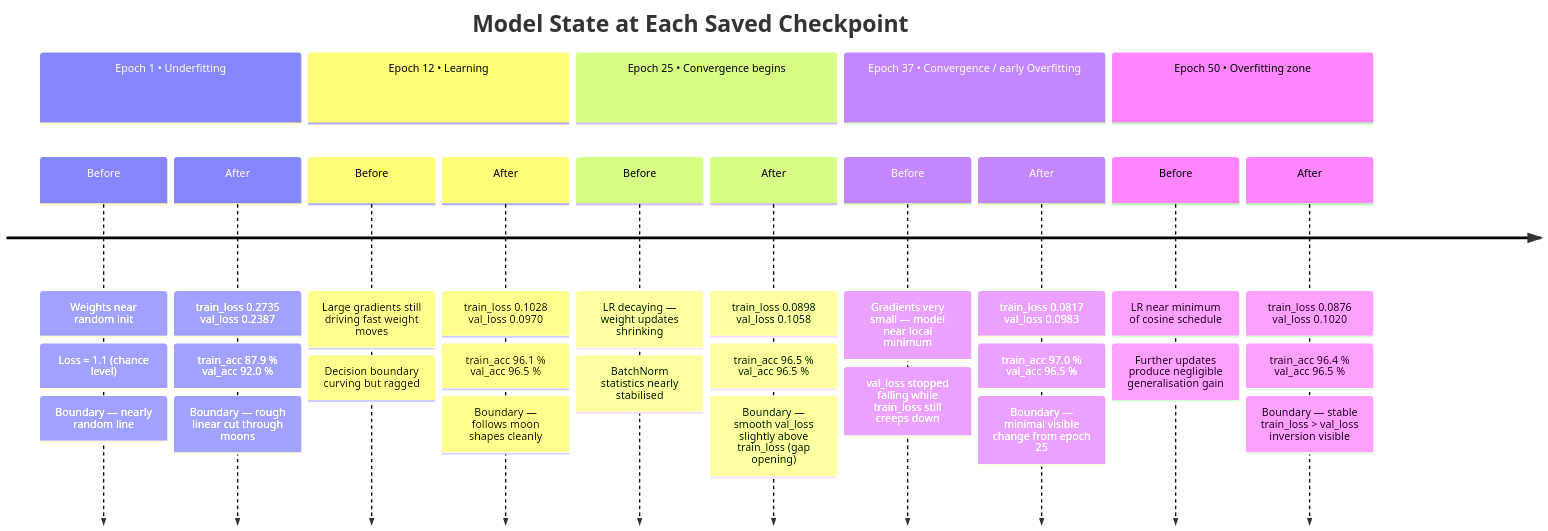
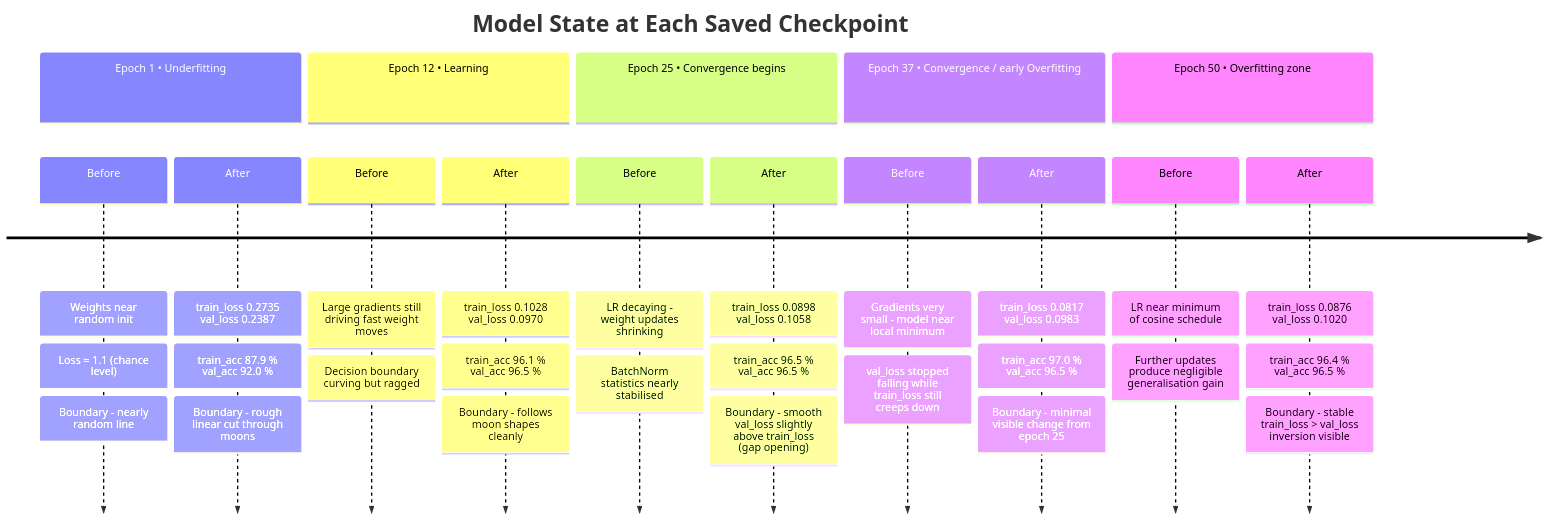
Before and after one commit to hkevin01/epochs-demo: the third of 13 diagrams in README.md, drawn with Mermaid. The commit also changed other lines of this file, not shown here.

````diff
--- a/README.md
+++ b/README.md
@@ -687,35 +687,35 @@
 ```mermaid
 timeline
     title Model State at Each Saved Checkpoint
     section Epoch 1  •  Underfitting
         Before  : Weights near random init
                 : Loss ≈ 1.1 (chance level)
-                : Boundary — nearly random line
+                : Boundary  -  nearly random line
         After   : train_loss 0.2735  val_loss 0.2387
                 : train_acc  87.9 %  val_acc  92.0 %
-                : Boundary — rough linear cut through moons
+                : Boundary  -  rough linear cut through moons
     section Epoch 12  •  Learning
         Before  : Large gradients still driving fast weight moves
                 : Decision boundary curving but ragged
         After   : train_loss 0.1028  val_loss 0.0970
                 : train_acc  96.1 %  val_acc  96.5 %
-                : Boundary — follows moon shapes cleanly
+                : Boundary  -  follows moon shapes cleanly
     section Epoch 25  •  Convergence begins
-        Before  : LR decaying — weight updates shrinking
+        Before  : LR decaying  -  weight updates shrinking
                 : BatchNorm statistics nearly stabilised
         After   : train_loss 0.0898  val_loss 0.1058
                 : train_acc  96.5 %  val_acc  96.5 %
-                : Boundary — smooth  val_loss slightly above train_loss (gap opening)
+                : Boundary  -  smooth  val_loss slightly above train_loss (gap opening)
     section Epoch 37  •  Convergence / early Overfitting
-        Before  : Gradients very small — model near local minimum
+        Before  : Gradients very small  -  model near local minimum
                 : val_loss stopped falling while train_loss still creeps down
         After   : train_loss 0.0817  val_loss 0.0983
                 : train_acc  97.0 %  val_acc  96.5 %
-                : Boundary — minimal visible change from epoch 25
+                : Boundary  -  minimal visible change from epoch 25
     section Epoch 50  •  Overfitting zone
         Before  : LR near minimum of cosine schedule
                 : Further updates produce negligible generalisation gain
         After   : train_loss 0.0876  val_loss 0.1020
                 : train_acc  96.4 %  val_acc  96.5 %
-                : Boundary — stable  train_loss > val_loss inversion visible
+                : Boundary  -  stable  train_loss > val_loss inversion visible
 ```
````
